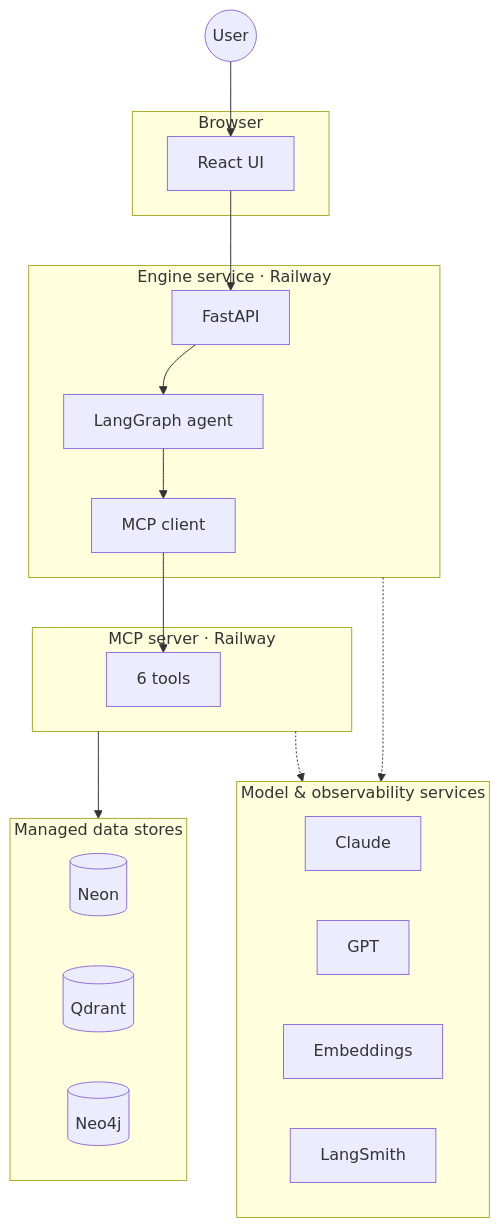
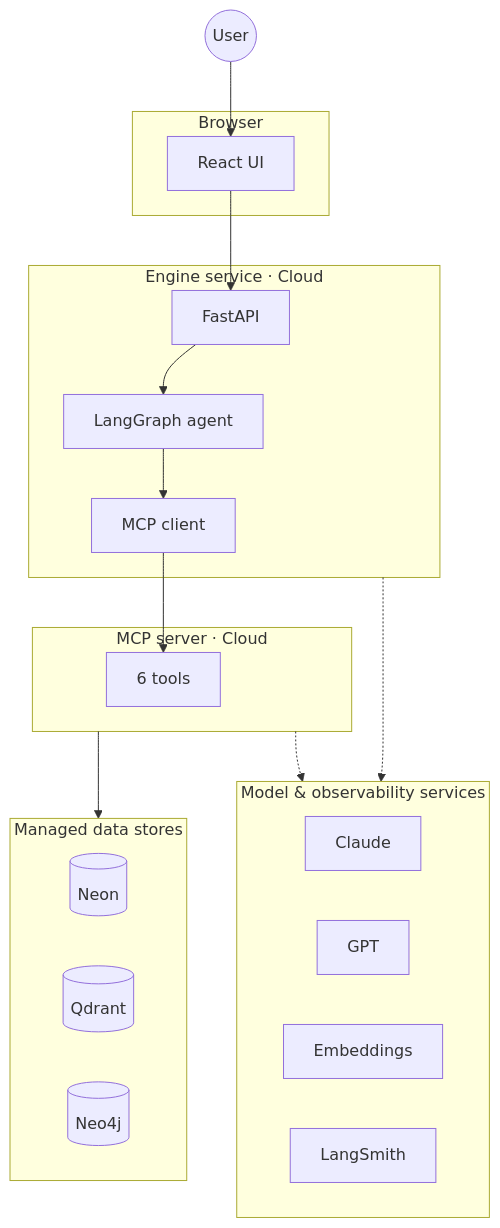
One commit to sazzad-kamal/crm-agentic-mcp-engine changed the fourth of 10 diagrams in README.md. Above: the diagram before and after it, drawn with Mermaid. The commit also changed other lines of this file, not shown here.

Commit message:
docs: neutralize deployment platform (Railway -> Cloud) in diagrams + prose

````diff
--- a/README.md
+++ b/README.md
@@ -158,39 +158,39 @@
 ```mermaid
 flowchart TB
     User(("User"))
 
     subgraph BROWSER["Browser"]
         UI["React UI"]
     end
 
-    subgraph RW1["Engine service · Railway"]
+    subgraph RW1["Engine service · Cloud"]
         API["FastAPI"]
         AG["LangGraph agent"]
         MC["MCP client"]
         API --> AG --> MC
     end
 
-    subgraph RW2["MCP server · Railway"]
+    subgraph RW2["MCP server · Cloud"]
         TL["6 tools"]
     end
 
     subgraph DATA["Managed data stores"]
         PG[("Neon")]
         QDR[("Qdrant")]
         NEO[("Neo4j")]
     end
 
     subgraph SHARED["Model & observability services"]
         CLA["Claude"]
         GPT["GPT"]
         EMB["Embeddings"]
         OBS["LangSmith"]
     end
 
     User --> UI
     UI --> API
     MC --> TL
     RW2 --> DATA
     RW1 -.-> SHARED
     RW2 -.-> SHARED
 ```
````
